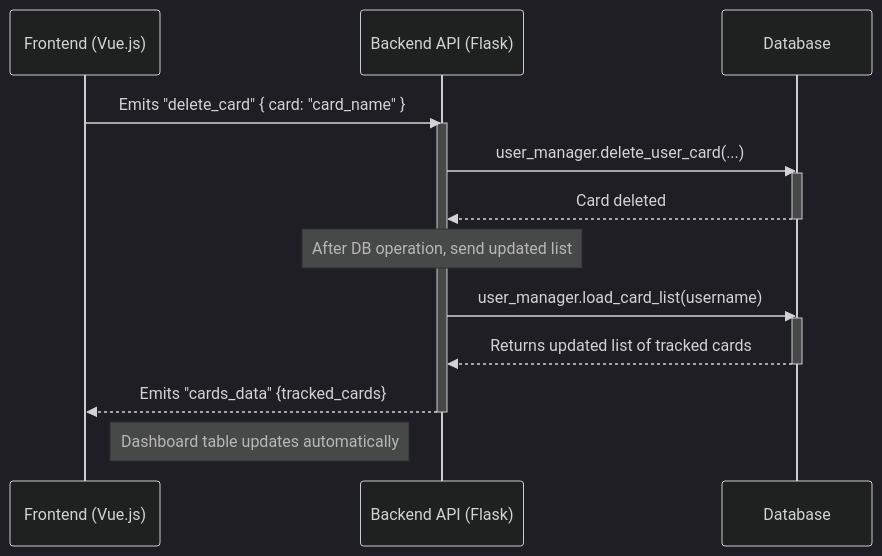
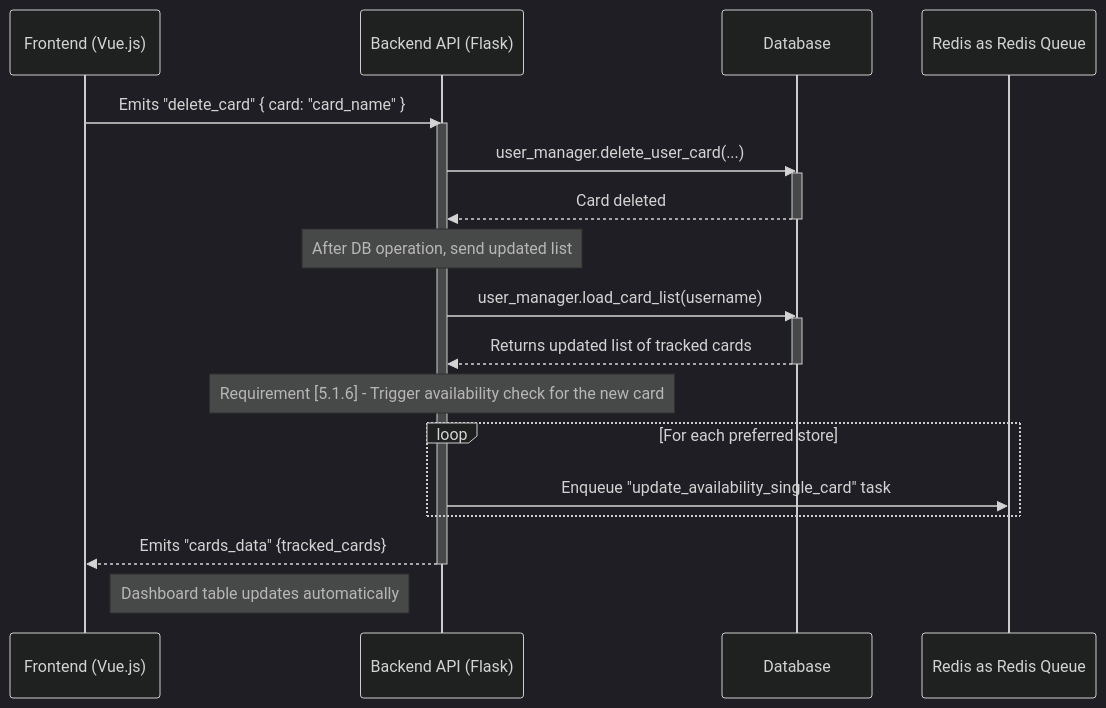
Before and after one commit to smileyface/LGS-Stock-Checker: the tenth of 10 diagrams in docs/docs.md, drawn with Mermaid (dark theme). The commit also changed other lines of this file and 35 other files, not shown here.

First line of the commit message:
[Feature]: Card Availability Status (#17)

````diff
--- a/docs/docs.md
+++ b/docs/docs.md
@@ -296,23 +325,28 @@
 ```mermaid
 sequenceDiagram
     participant Client as Frontend (Vue.js)
     participant Backend as Backend API (Flask)
     participant DB as Database
 
     Client->>Backend: Emits "delete_card" { card: "card_name" }
     activate Backend
     Backend->>DB: user_manager.delete_user_card(...)
     activate DB
     DB-->>Backend: Card deleted
     deactivate DB
 
     Note over Backend: After DB operation, send updated list
     Backend->>DB: user_manager.load_card_list(username)
     activate DB
     DB-->>Backend: Returns updated list of tracked cards
     deactivate DB
 
+    note over Backend: Requirement [5.1.6] - Trigger availability check for the new card
+    loop For each preferred store
+        Backend->>Redis as Redis Queue: Enqueue "update_availability_single_card" task
+    end
+
     Backend-->>Client: Emits "cards_data" {tracked_cards}
     deactivate Backend
     Note right of Client: Dashboard table updates automatically
 ```
````
